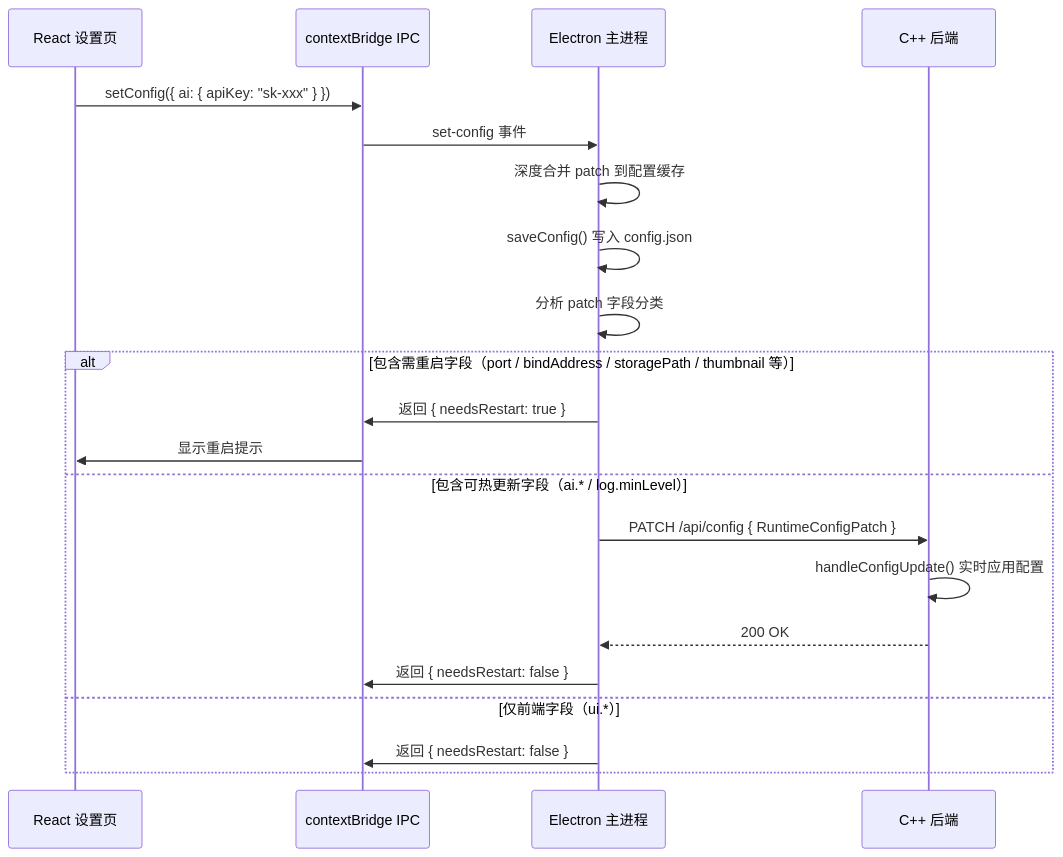
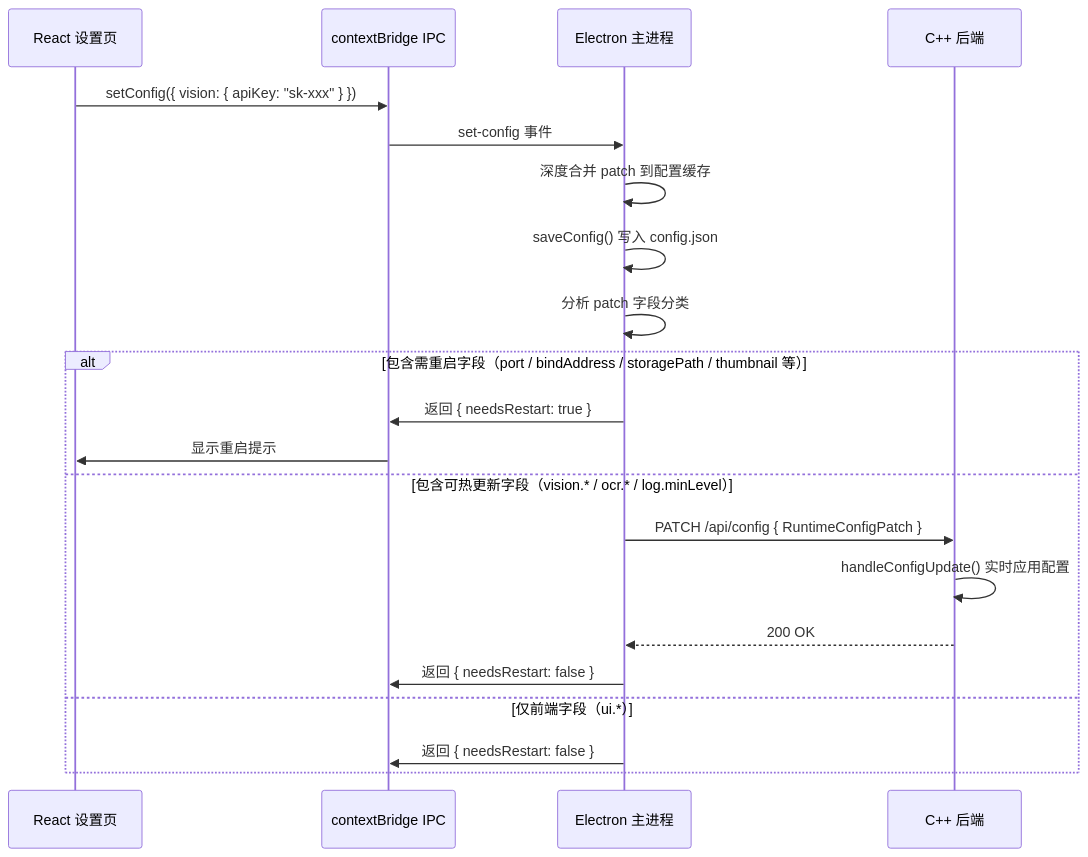
The third of 3 diagrams in docs/arch/config.md (MintITes/QuickMemes), drawn with Mermaid before and after one commit. The commit also changed other lines of this file and 12 other files, not shown here.

Commit message:
docs(fix, improve) : OCR 改为云端 API，合并到 Vision 模块 OpenCV → stb 系列（stb_image + stb_image_resize2 + stb_image_write，缩略图输出 JPEG） 删除 AI 图片生成功能 删除 Meme 推荐功能

````diff
--- a/docs/arch/config.md
+++ b/docs/arch/config.md
@@ -351,24 +353,24 @@
 ```mermaid
 sequenceDiagram
     participant React as React 设置页
     participant IPC as contextBridge IPC
     participant Main as Electron 主进程
     participant CPP as C++ 后端
 
-    React->>IPC: setConfig({ ai: { apiKey: "sk-xxx" } })
+    React->>IPC: setConfig({ vision: { apiKey: "sk-xxx" } })
     IPC->>Main: set-config 事件
     Main->>Main: 深度合并 patch 到配置缓存
     Main->>Main: saveConfig() 写入 config.json
     Main->>Main: 分析 patch 字段分类
     alt 包含需重启字段（port / bindAddress / storagePath / thumbnail 等）
         Main->>IPC: 返回 { needsRestart: true }
         IPC->>React: 显示重启提示
-    else 包含可热更新字段（ai.* / log.minLevel）
+    else 包含可热更新字段（vision.* / ocr.* / log.minLevel）
         Main->>CPP: PATCH /api/config { RuntimeConfigPatch }
         CPP->>CPP: handleConfigUpdate() 实时应用配置
         CPP-->>Main: 200 OK
         Main->>IPC: 返回 { needsRestart: false }
     else 仅前端字段（ui.*）
         Main->>IPC: 返回 { needsRestart: false }
     end
 ```
````
